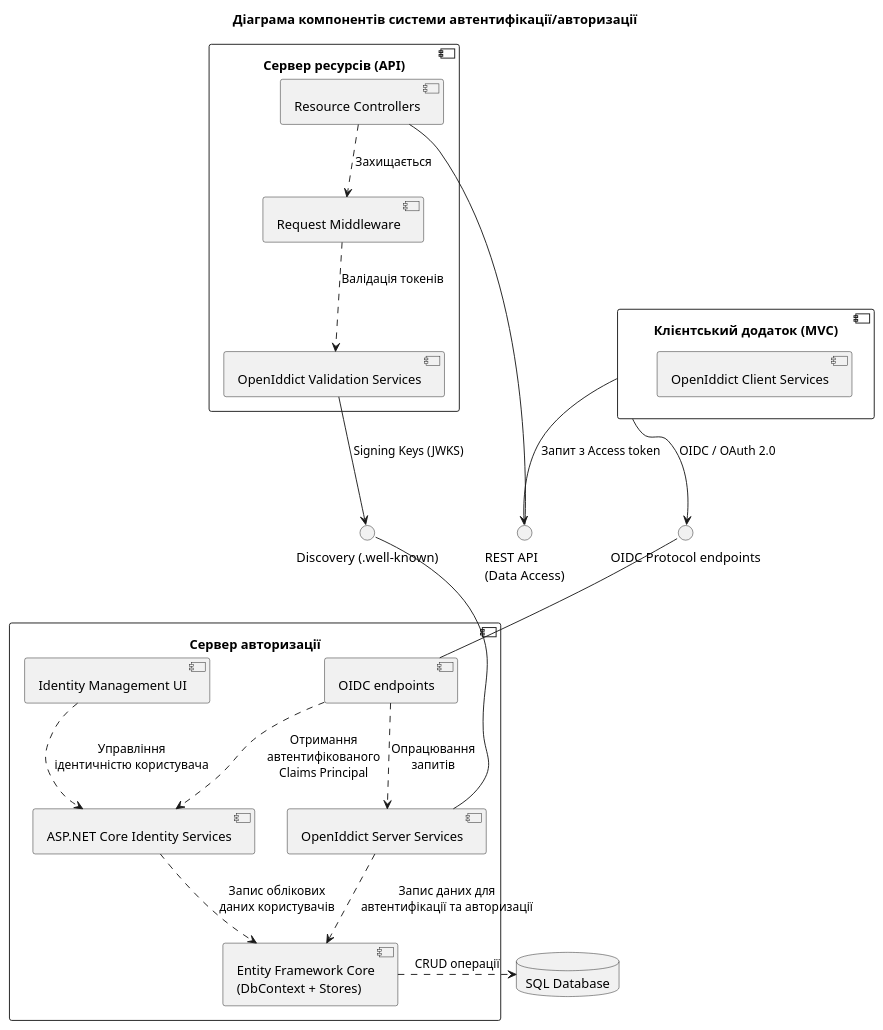
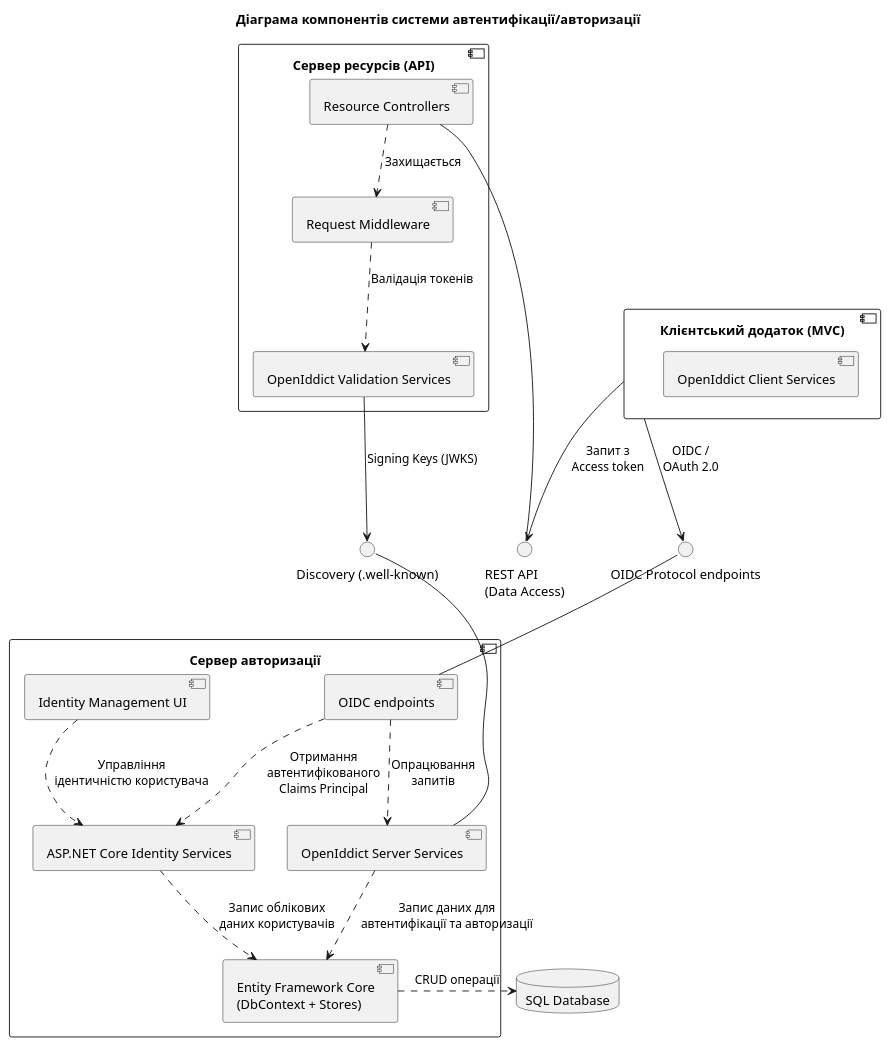
The diagram in Docs/component_diagram.puml (AyTee001/AuthProvider), drawn with PlantUML before and after one commit. The commit also changed 3 other files, not shown here.

Commit message:
edits to diagrams while describing

```diff
--- a/Docs/component_diagram.puml
+++ b/Docs/component_diagram.puml
@@ -1,57 +1,57 @@
 @startuml "Component Diagram"
 title Діаграма компонентів системи автентифікації/авторизації
 
 skinparam componentStyle uml2
 
 ' --- Клієнт ---
 component "Клієнтський додаток (MVC)" as Client {
     component "OpenIddict Client Services" as OpenIddictClient
 }
 
 ' --- Інтерфейси ---
 together {
     interface "OIDC Protocol endpoints" as OidcInterface
     interface "Discovery (.well-known)" as DiscoveryInterface
     interface "REST API\n(Data Access)" as ApiInterface
 }
 
 ' --- Auth Server ---
 component "Сервер авторизації" as AuthServer {
     component "Identity Management UI" as IdentityUI
     component "OIDC endpoints" as OidcEndpoints
     component "OpenIddict Server Services" as OpenIddictServer
     component "ASP.NET Core Identity Services" as IdentityCore
     component "Entity Framework Core\n(DbContext + Stores)" as EfCore
 
     OidcEndpoints ..> OpenIddictServer : "Опрацювання\nзапитів"
     OidcEndpoints ..> IdentityCore : "Отримання\nавтентифікованого\nClaims Principal"
     IdentityUI ..> IdentityCore : "Управління\nідентичністю користувача"
     OpenIddictServer ..> EfCore : "Запис даних для\nавтентифікації та авторизації"
     IdentityCore ..> EfCore : "Запис облікових\nданих користувачів"
 }
 
 component "Сервер ресурсів (API)" as ResourceServer {
     component "Request Middleware" as RequestMiddleware
     component "OpenIddict Validation Services" as OpenIddictValidation
     component "Resource Controllers" as ResourceControllers
 
     RequestMiddleware ..> OpenIddictValidation : "Валідація токенів"
     ResourceControllers ..> RequestMiddleware : "Захищається"
 }
 
 ' --- БД ---
 database "SQL Database" as DB
 
 ' --- Зовнішні зв'язки ---
-Client --> OidcInterface : "OIDC / OAuth 2.0"
-Client --> ApiInterface : "Запит з Access token"
+Client --> OidcInterface : "OIDC /\nOAuth 2.0"
+Client --> ApiInterface : "Запит з\nAccess token"
 
 OidcInterface -- OidcEndpoints
 DiscoveryInterface -- OpenIddictServer
 ApiInterface -- ResourceControllers
 
 OpenIddictValidation --> DiscoveryInterface : "Signing Keys (JWKS)"
 
 EfCore .> DB : "CRUD операції"
 
 @enduml
```
